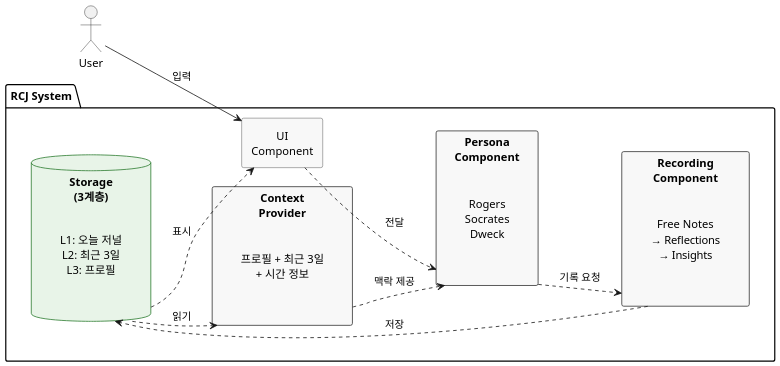
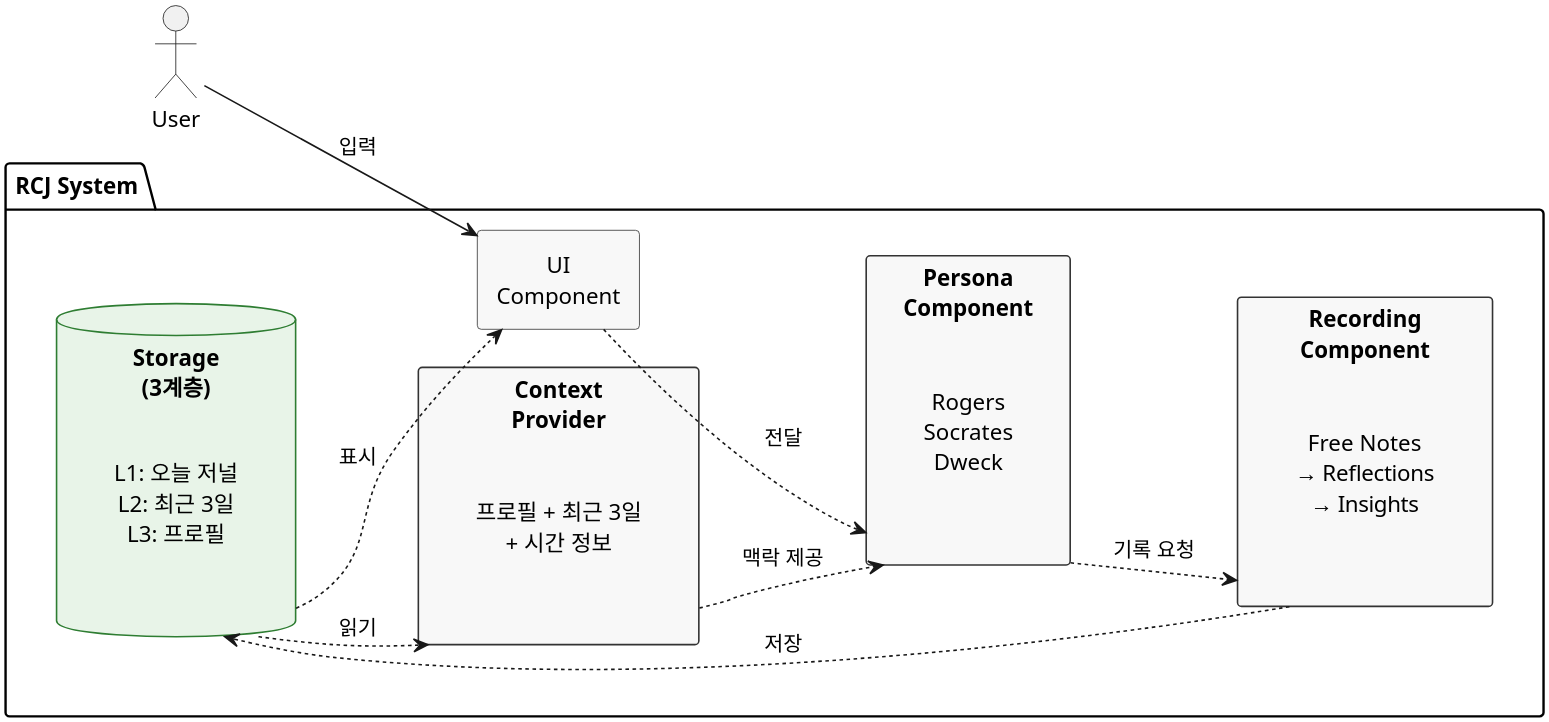
The diagram in docs/diagrams/src/component-diagram.wsd (hoetaek/reflective-conversational-journal), drawn with PlantUML before and after one commit. The commit also changed 7 other files, not shown here.

Commit message:
refactor: Update component diagram and add new activity diagrams for journal and onboarding processes

```diff
--- a/docs/diagrams/src/component-diagram.wsd
+++ b/docs/diagrams/src/component-diagram.wsd
@@ -1,49 +1,49 @@
 @startuml
 skinparam defaultTextAlignment center
-skinparam dpi 150
+skinparam dpi 300
 skinparam padding 2
 
 skinparam rectangle {
     BackgroundColor #F8F8F8
     BorderColor #333333
     RoundCorner 5
 }
 skinparam database {
     BackgroundColor #E8F4E8
     BorderColor #2E7D32
 }
 
 left to right direction
 
 actor "User" as user
 
 package "RCJ System" {
     rectangle "UI\nComponent" as UI
     
     rectangle "Context\nProvider" as Context {
         label "프로필 + 최근 3일\n+ 시간 정보" as CL
     }
     
     rectangle "Persona\nComponent" as Persona {
         label "Rogers\nSocrates\nDweck" as PL
     }
     
     rectangle "Recording\nComponent" as Recording {
         label "Free Notes\n→ Reflections\n→ Insights" as RL
     }
     
     database "Storage\n(3계층)" as Storage {
         label "L1: 오늘 저널\nL2: 최근 3일\nL3: 프로필" as SL
     }
 }
 
 ' 데이터 흐름
 user --> UI : 입력
 UI ..> Persona : 전달
 Context ..> Persona : 맥락 제공
 Storage ..> Context : 읽기
 Persona ..> Recording : 기록 요청
 Recording ..> Storage : 저장
 Storage ..> UI : 표시
 
 @enduml
```
